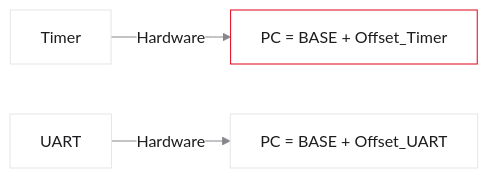
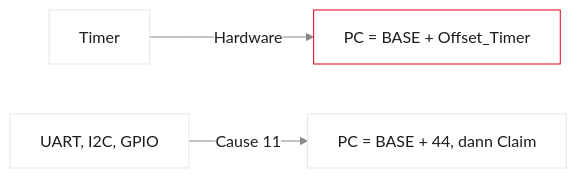
Before and after one commit to dantschi/mct3: the sixth of 9 diagrams in vorlesungen/03_interrupts_timer.qmd, drawn with Mermaid. The commit also changed other lines of this file and 25 other files, not shown here.

````diff
--- a/vorlesungen/03_interrupts_timer.qmd
+++ b/vorlesungen/03_interrupts_timer.qmd
@@ -405,8 +405,8 @@
 ```{mermaid}
 %%| fig-width: 4.2
 %%{init: {'theme': 'base', 'themeVariables': {'background': '#FFFFFF', 'primaryColor': '#FFFFFF', 'primaryBorderColor': '#E5E5EA', 'primaryTextColor': '#1D1D1F', 'lineColor': '#86868B', 'secondaryColor': '#F5F5F7', 'tertiaryColor': '#FFFFFF', 'mainBkg': '#FFFFFF', 'nodeBorder': '#E5E5EA', 'clusterBkg': '#F5F5F7', 'clusterBorder': '#E5E5EA', 'titleColor': '#1D1D1F', 'edgeLabelBackground': '#FFFFFF'}}}%%
 flowchart LR
   A[Timer] -->|Hardware| B["PC = BASE + Offset_Timer"]
-  C[UART] -->|Hardware| D["PC = BASE + Offset_UART"]
+  C[UART, I2C, GPIO] -->|Cause 11| D["PC = BASE + 44, dann Claim"]
   style B fill:#FFFFFF,stroke:#E2001A,stroke-width:2px !important
 ```
````
